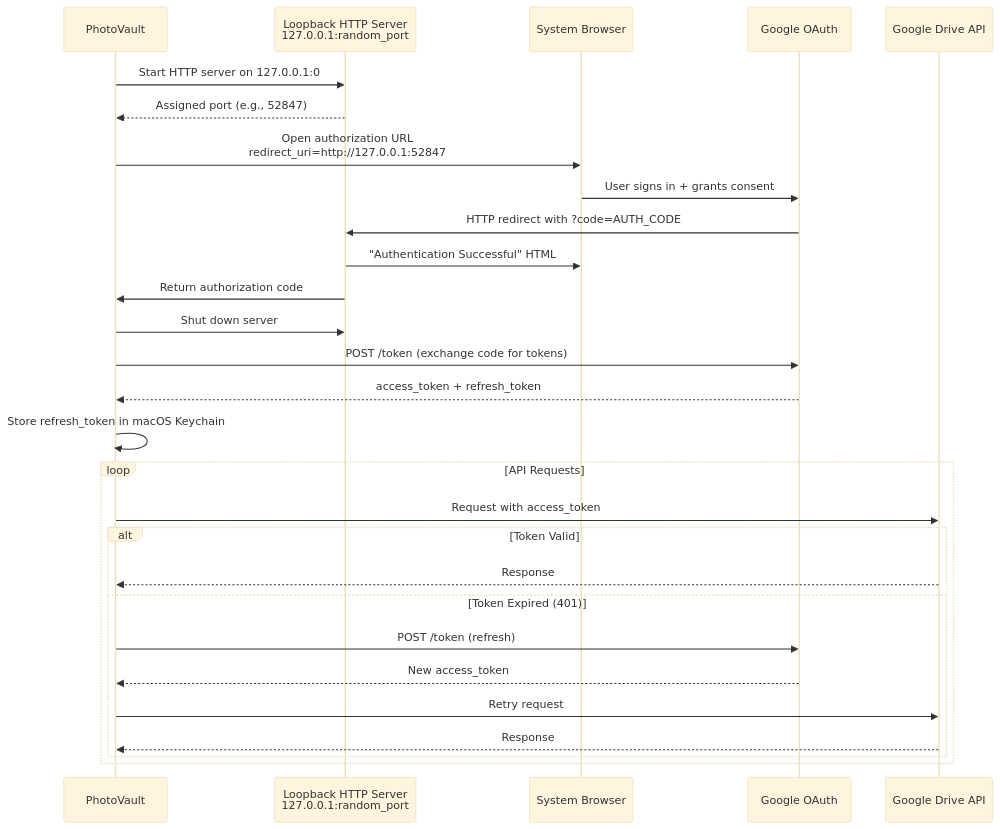
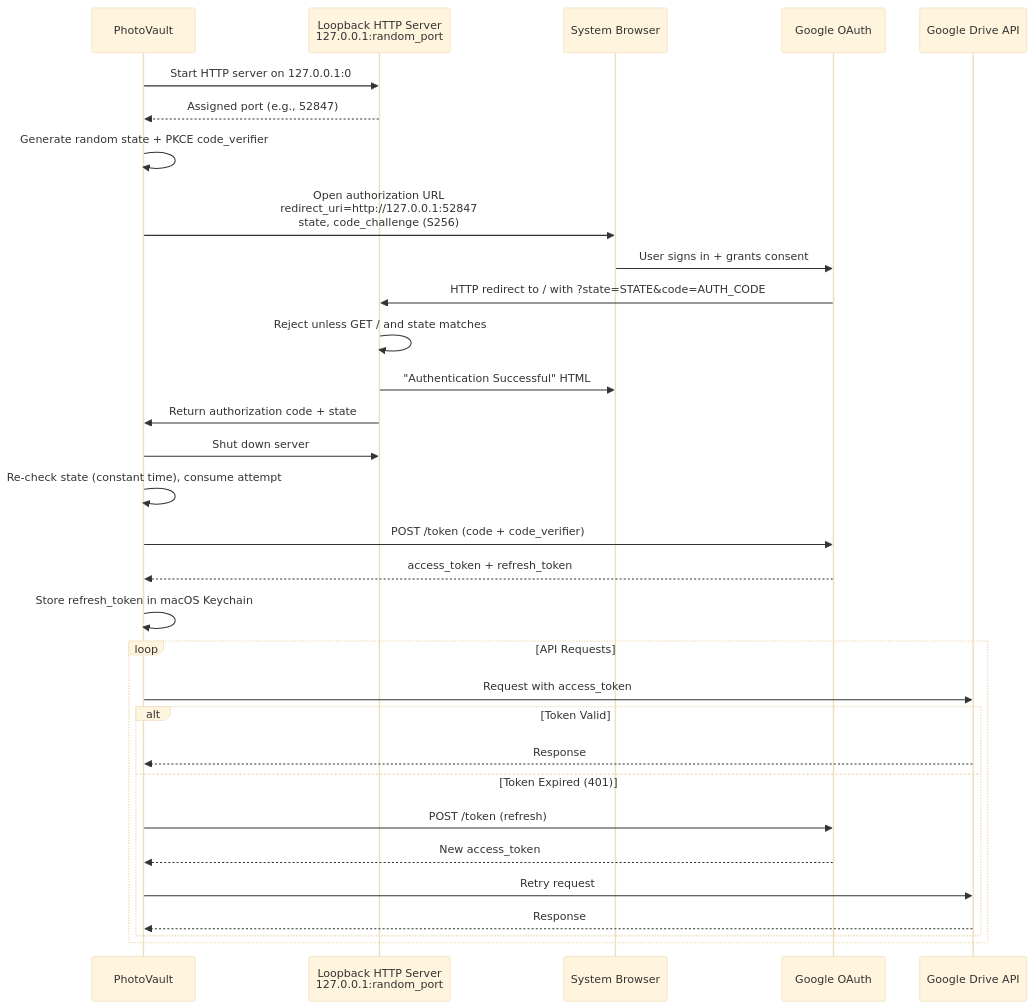
The seventh of 12 diagrams in docs/ARCHITECTURE.md (welshofer/photovault), drawn with Mermaid (base theme) before and after one commit. The commit also changed 7 other files, not shown here.

First line of the commit message:
Add OAuth state and PKCE (S256) to Google sign-in (#1)

````diff
--- a/docs/ARCHITECTURE.md
+++ b/docs/ARCHITECTURE.md
@@ -288,33 +288,36 @@
 ```mermaid
 sequenceDiagram
     participant App as PhotoVault
     participant Server as Loopback HTTP Server<br/>127.0.0.1:random_port
     participant Browser as System Browser
     participant Google as Google OAuth
     participant Drive as Google Drive API
 
     App->>Server: Start HTTP server on 127.0.0.1:0
     Server-->>App: Assigned port (e.g., 52847)
-    App->>Browser: Open authorization URL<br/>redirect_uri=http://127.0.0.1:52847
+    App->>App: Generate random state + PKCE code_verifier
+    App->>Browser: Open authorization URL<br/>redirect_uri=http://127.0.0.1:52847<br/>state, code_challenge (S256)
     Browser->>Google: User signs in + grants consent
-    Google->>Server: HTTP redirect with ?code=AUTH_CODE
+    Google->>Server: HTTP redirect to / with ?state=STATE&code=AUTH_CODE
+    Server->>Server: Reject unless GET / and state matches
     Server->>Browser: "Authentication Successful" HTML
-    Server->>App: Return authorization code
+    Server->>App: Return authorization code + state
     App->>Server: Shut down server
 
-    App->>Google: POST /token (exchange code for tokens)
+    App->>App: Re-check state (constant time), consume attempt
+    App->>Google: POST /token (code + code_verifier)
     Google-->>App: access_token + refresh_token
     App->>App: Store refresh_token in macOS Keychain
 
     loop API Requests
         App->>Drive: Request with access_token
         alt Token Valid
             Drive-->>App: Response
         else Token Expired (401)
             App->>Google: POST /token (refresh)
             Google-->>App: New access_token
             App->>Drive: Retry request
             Drive-->>App: Response
         end
     end
 ```
````
